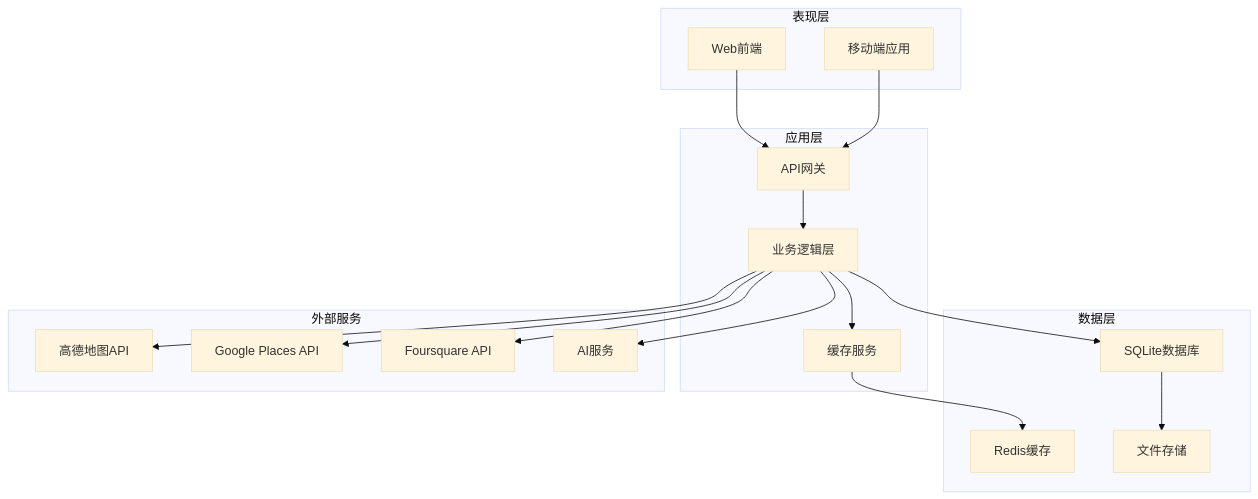
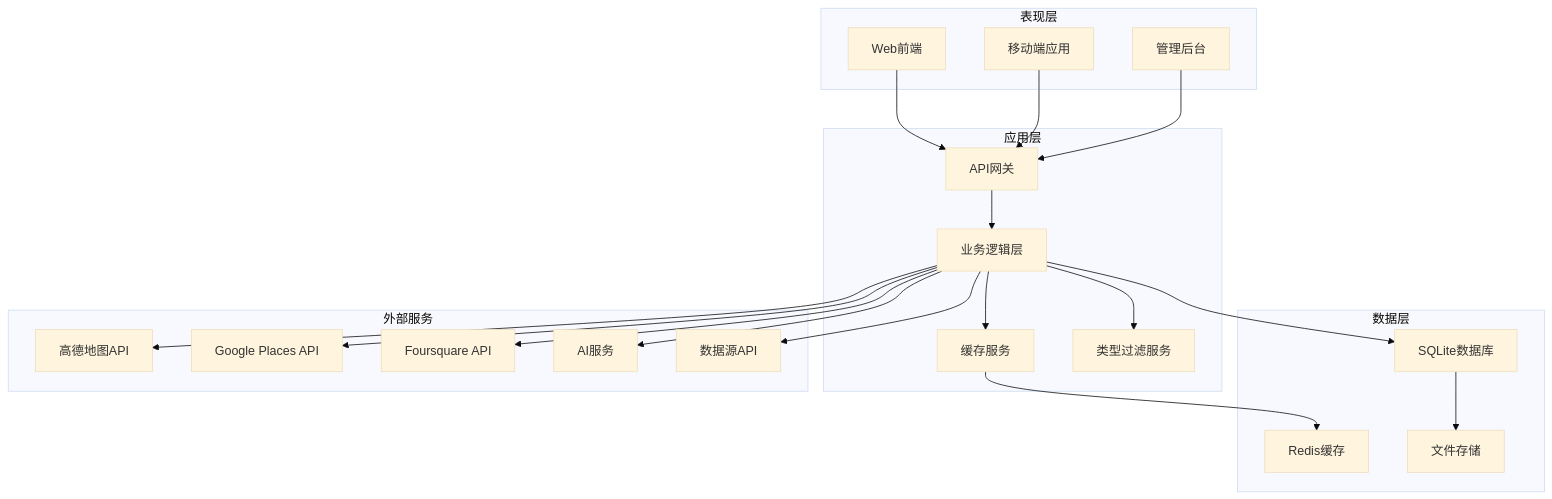
One commit to ititjjy/AITrip-plan changed the fourth of 15 diagrams in .qoder/repowiki/zh/content/项目概述/核心功能特性/POI搜索与推荐系统.md. Above: the diagram before and after it, drawn with Mermaid (base theme). The commit also changed other lines of this file and 144 other files, not shown here.

````diff
--- a/.qoder/repowiki/zh/content/项目概述/核心功能特性/POI搜索与推荐系统.md
+++ b/.qoder/repowiki/zh/content/项目概述/核心功能特性/POI搜索与推荐系统.md
@@ -161,34 +175,40 @@
 ```mermaid
 graph TB
 subgraph "表现层"
 A[Web前端]
 B[移动端应用]
+C[管理后台]
 end
 subgraph "应用层"
-C[API网关]
-D[业务逻辑层]
-E[缓存服务]
+D[API网关]
+E[业务逻辑层]
+F[缓存服务]
+G[类型过滤服务]
 end
 subgraph "数据层"
-F[SQLite数据库]
-G[Redis缓存]
-H[文件存储]
+H[SQLite数据库]
+I[Redis缓存]
+J[文件存储]
 end
 subgraph "外部服务"
-I[高德地图API]
-J[Google Places API]
-K[Foursquare API]
-L[AI服务]
+K[高德地图API]
+L[Google Places API]
+M[Foursquare API]
+N[AI服务]
+O[数据源API]
 end
-A --> C
-B --> C
+A --> D
+B --> D
 C --> D
 D --> E
-D --> F
+E --> F
 E --> G
-F --> H
-D --> I
-D --> J
-D --> K
-D --> L
+E --> H
+F --> I
+H --> J
+E --> K
+E --> L
+E --> M
+E --> N
+E --> O
 ```
````
